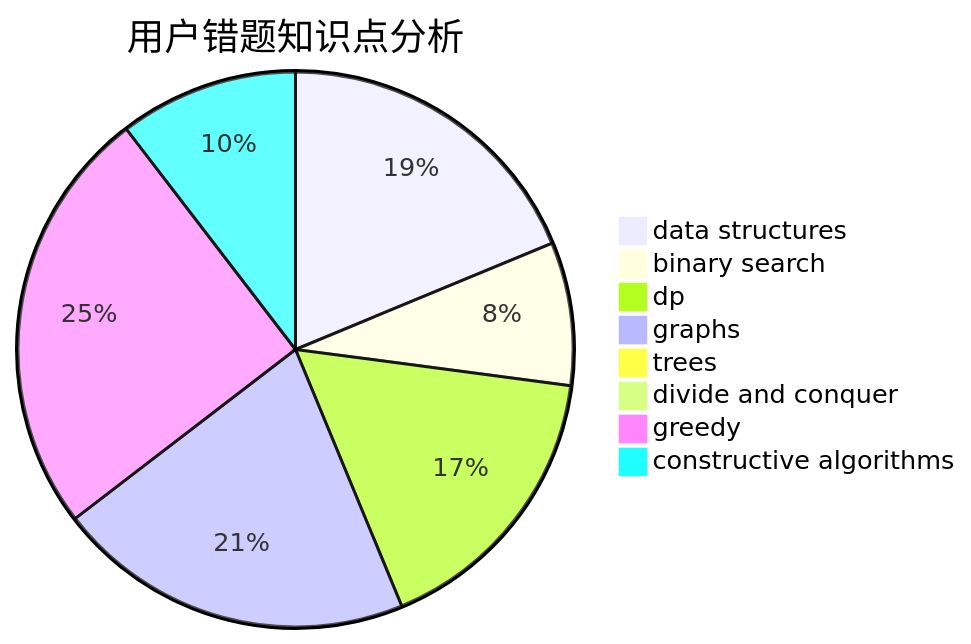
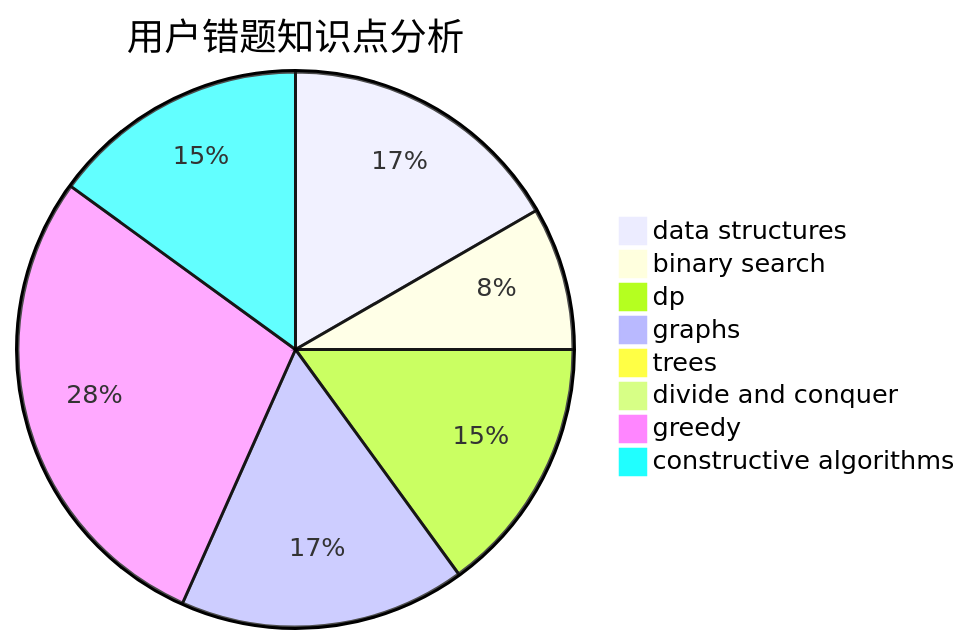
Before and after one commit to sherpahu/cfrs.github.io: the third of 3 diagrams in docs/user/u1660.md, drawn with Mermaid. The commit also changed other lines of this file and 2770 other files, not shown here.

````diff
--- a/docs/user/u1660.md
+++ b/docs/user/u1660.md
@@ -36,11 +36,11 @@
 ```mermaid
 pie title 用户错题知识点分析
-    "data structures" :  9
-    "binary search" :  4
-    "dp" :  8
+    "data structures" :  10
+    "binary search" :  5
+    "dp" :  9
     "graphs" :  10
     "trees" :  0
     "divide and conquer" :  0
-    "greedy" :  12
-    "constructive algorithms" :  5
+    "greedy" :  17
+    "constructive algorithms" :  9
 ```
````
